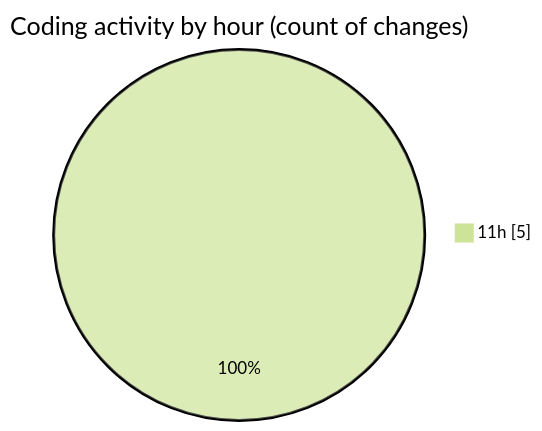
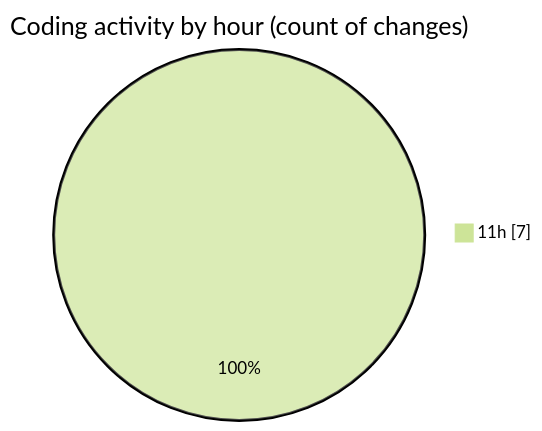
The second of 2 diagrams in 2025-05-08/recipe-app/README.md (BS-eng2023/code-tracking), drawn with Mermaid (forest theme) before and after one commit. The commit also changed other lines of this file and 1 other file, not shown here.

````diff
--- a/2025-05-08/recipe-app/README.md
+++ b/2025-05-08/recipe-app/README.md
@@ -29,5 +31,5 @@
 ```mermaid
 pie showData
 title Coding activity by hour (count of changes)
-"11h" : 5
+"11h" : 7
 ```
````
